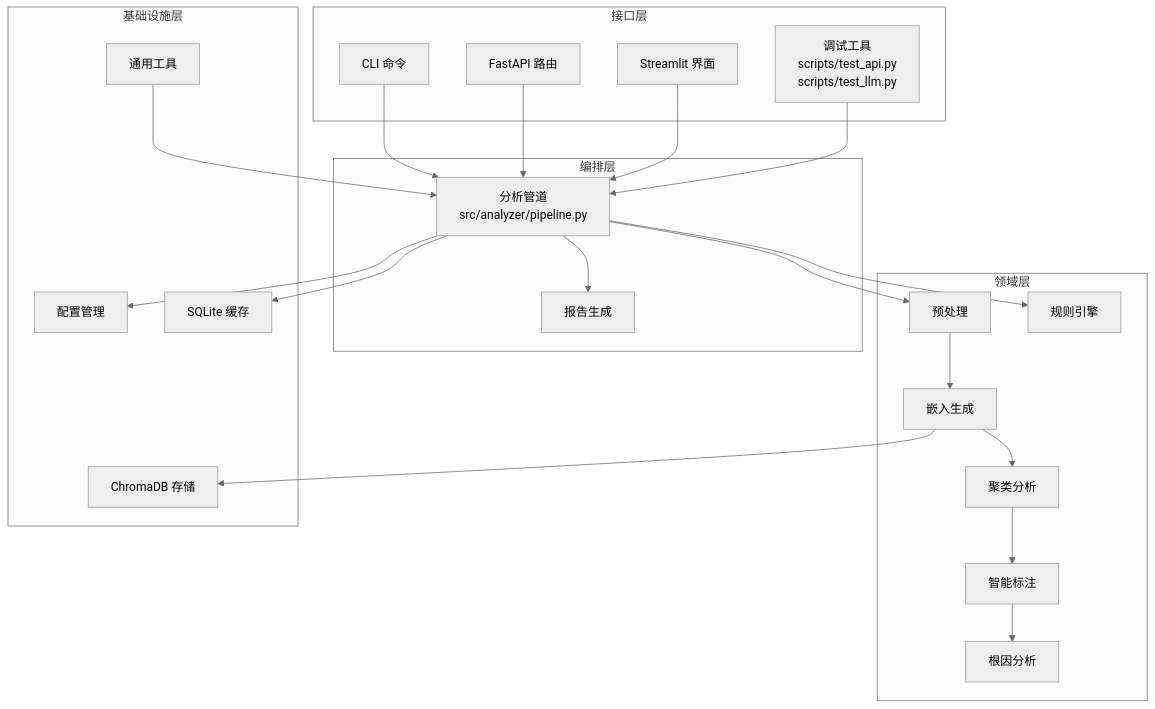
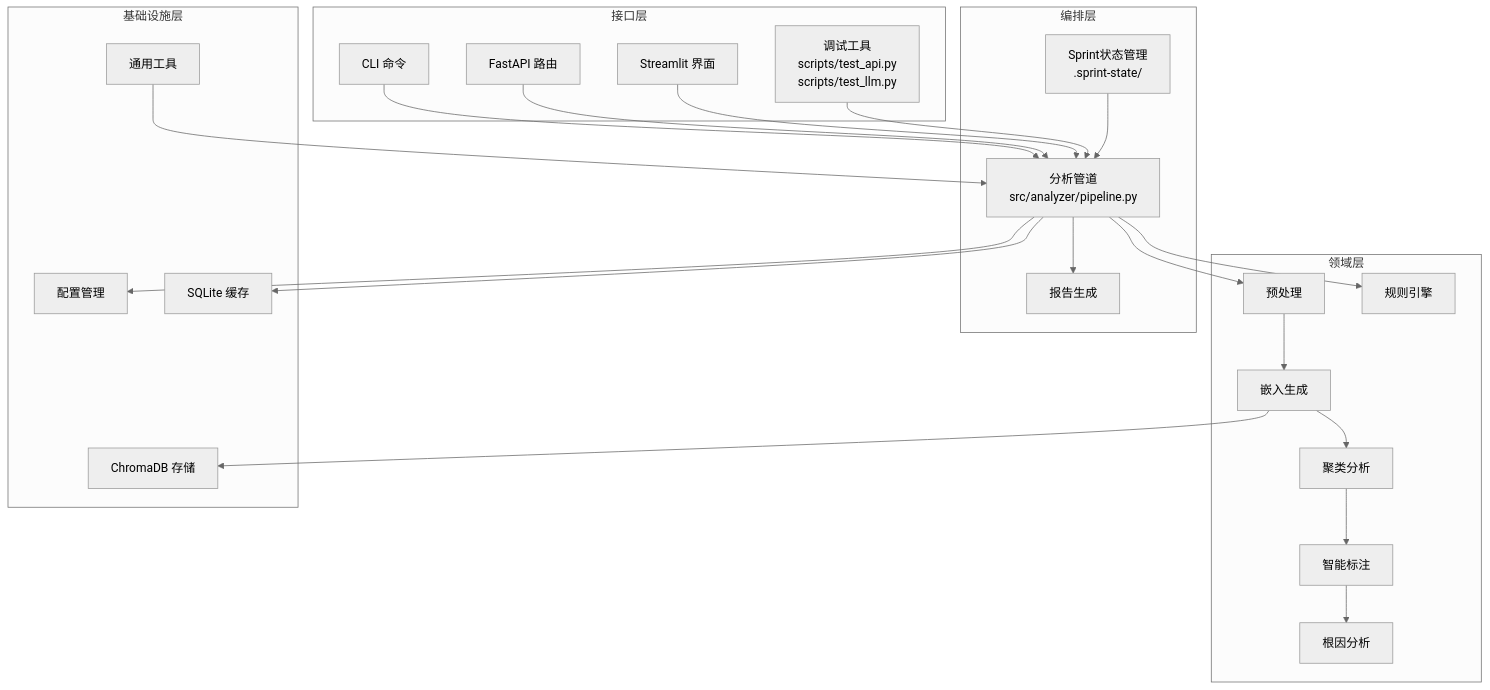
One commit to boyingliu01/fault-review-analyzer changed the second of 6 diagrams in .qoder/repowiki/zh/content/开发指南/开发指南.md. Above: the diagram before and after it, drawn with Mermaid (neutral theme). The commit also changed other lines of this file and 125 other files, not shown here.

````diff
--- a/.qoder/repowiki/zh/content/开发指南/开发指南.md
+++ b/.qoder/repowiki/zh/content/开发指南/开发指南.md
@@ -113,38 +125,40 @@
 ```mermaid
 graph TB
 subgraph "接口层"
 CLI["CLI 命令"]
 API["FastAPI 路由"]
 UI["Streamlit 界面"]
 DEBUG["调试工具<br/>scripts/test_api.py<br/>scripts/test_llm.py"]
 end
 subgraph "编排层"
 PIPE["分析管道<br/>src/analyzer/pipeline.py"]
 REPORT["报告生成"]
+SPRINT["Sprint状态管理<br/>.sprint-state/"]
 end
 subgraph "领域层"
 PRE["预处理"]
 EMB["嵌入生成"]
 CLU["聚类分析"]
 RULES["规则引擎"]
 LAB["智能标注"]
 RCA["根因分析"]
 end
 subgraph "基础设施层"
 CFG["配置管理"]
 CACHE["SQLite 缓存"]
 STORE["ChromaDB 存储"]
 UTILS["通用工具"]
 end
 CLI --> PIPE
 API --> PIPE
 UI --> PIPE
 DEBUG --> PIPE
+SPRINT --> PIPE
 PIPE --> PRE --> EMB --> CLU --> LAB --> RCA
 PIPE --> RULES
 PIPE --> REPORT
 PIPE --> CFG
 PIPE --> CACHE
 EMB --> STORE
 UTILS --> PIPE
 ```
````
